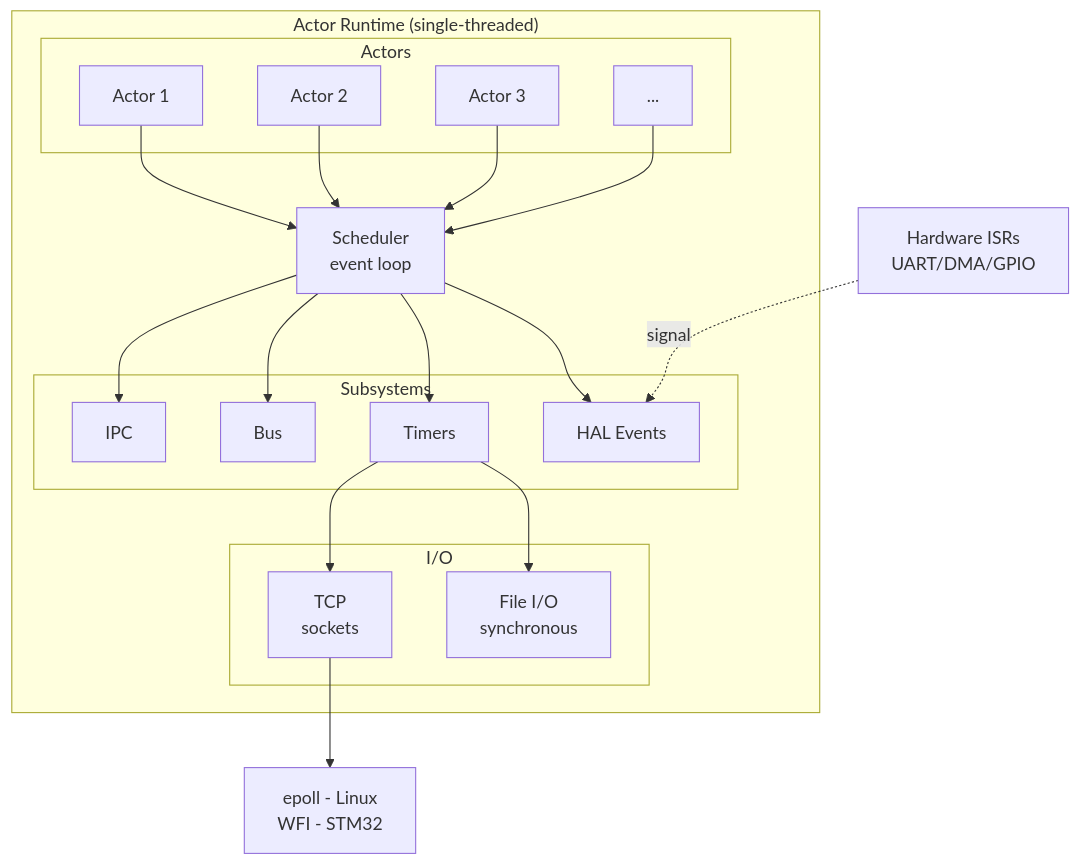
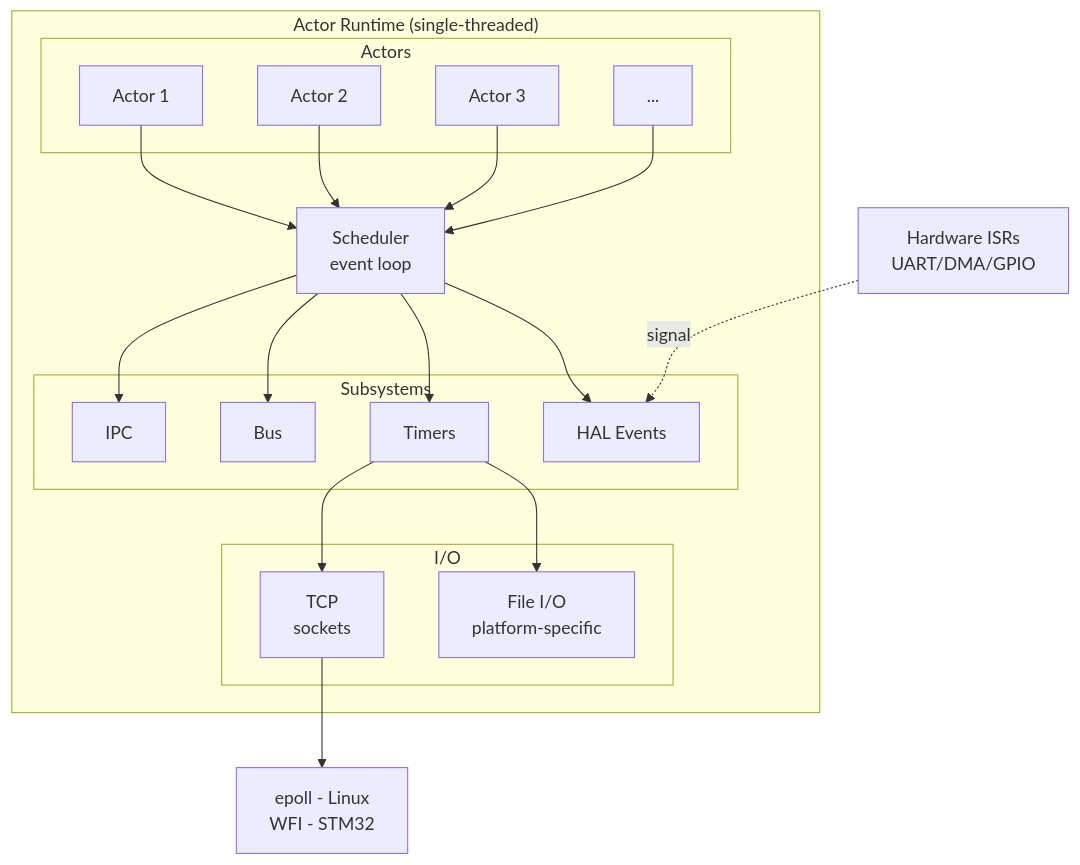
One commit to joagre/hive changed the diagram in docs/spec/design.md. Above: the diagram before and after it, drawn with Mermaid. The commit also changed other lines of this file and 1 other file, not shown here.

````diff
--- a/docs/spec/design.md
+++ b/docs/spec/design.md
@@ -277,36 +277,36 @@
 ```mermaid
 graph TB
     subgraph RUNTIME["Actor Runtime (single-threaded)"]
         subgraph ACTORS["Actors"]
             A1[Actor 1]
             A2[Actor 2]
             A3[Actor 3]
             AN[...]
         end
 
         SCHED[Scheduler<br/>event loop]
 
         A1 & A2 & A3 & AN --> SCHED
 
         subgraph SUBSYSTEMS["Subsystems"]
             IPC[IPC]
             BUS[Bus]
             TIMERS[Timers]
             HALEVT[HAL Events]
         end
 
         SCHED --> IPC & BUS & TIMERS & HALEVT
 
         subgraph IO["I/O"]
             NET[TCP<br/>sockets]
-            FILE[File I/O<br/>synchronous]
+            FILE[File I/O<br/>platform-specific]
         end
 
         TIMERS --> NET & FILE
     end
 
     PLATFORM[epoll - Linux<br/>WFI - STM32]
     ISR[Hardware ISRs<br/>UART/DMA/GPIO]
     NET --> PLATFORM
     ISR -.->|signal| HALEVT
 ```
````
